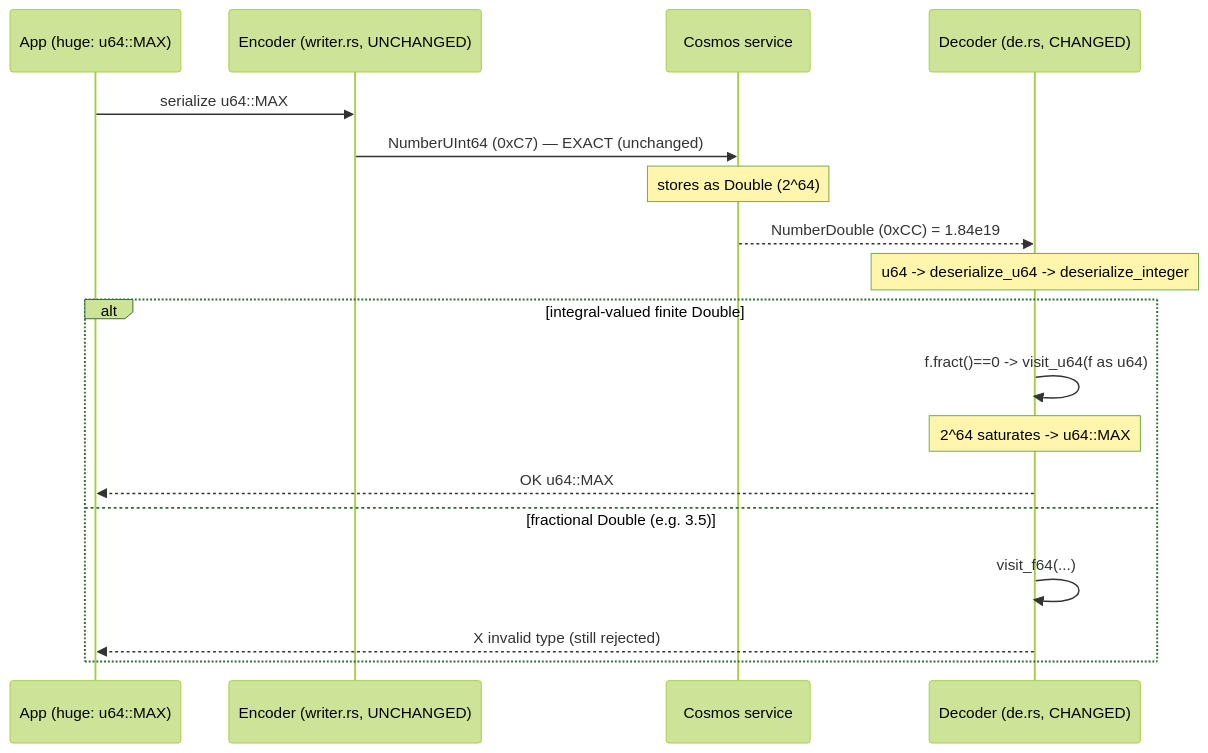
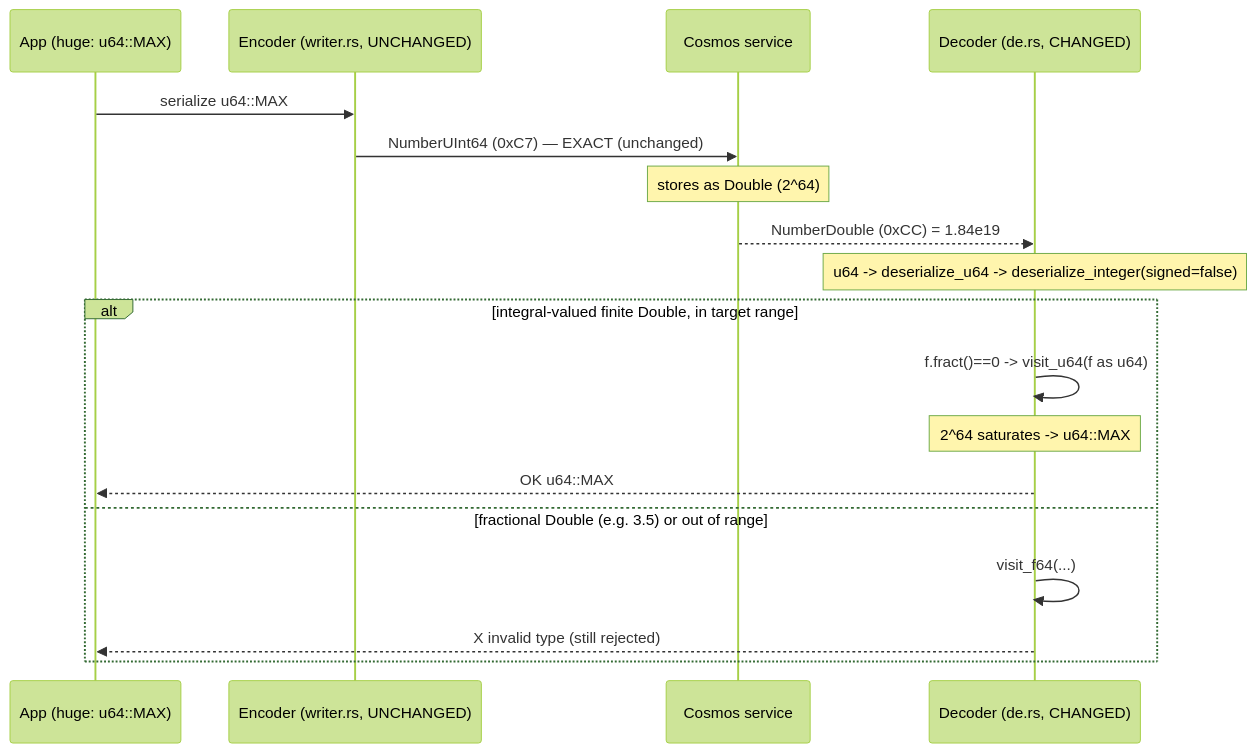
Before and after one commit to Azure/azure-sdk-for-rust: the second of 2 diagrams in sdk/cosmos/azure_data_cosmos_driver/docs/BINARY_ENCODING_U64_MAX_ANALYSIS.md, drawn with Mermaid (forest theme). The commit also changed other lines of this file and 3 other files, not shown here.

````diff
--- a/sdk/cosmos/azure_data_cosmos_driver/docs/BINARY_ENCODING_U64_MAX_ANALYSIS.md
+++ b/sdk/cosmos/azure_data_cosmos_driver/docs/BINARY_ENCODING_U64_MAX_ANALYSIS.md
@@ -203,20 +210,20 @@
 ```mermaid
 sequenceDiagram
     participant App as App (huge: u64::MAX)
     participant Enc as Encoder (writer.rs, UNCHANGED)
     participant Svc as Cosmos service
     participant Dec as Decoder (de.rs, CHANGED)
     App->>Enc: serialize u64::MAX
     Enc->>Svc: NumberUInt64 (0xC7) — EXACT (unchanged)
     Note over Svc: stores as Double (2^64)
     Svc-->>Dec: NumberDouble (0xCC) = 1.84e19
-    Note over Dec: u64 -> deserialize_u64 -> deserialize_integer
-    alt integral-valued finite Double
+    Note over Dec: u64 -> deserialize_u64 -> deserialize_integer(signed=false)
+    alt integral-valued finite Double, in target range
         Dec->>Dec: f.fract()==0 -> visit_u64(f as u64)
         Note over Dec: 2^64 saturates -> u64::MAX
         Dec-->>App: OK u64::MAX
-    else fractional Double (e.g. 3.5)
+    else fractional Double (e.g. 3.5) or out of range
         Dec->>Dec: visit_f64(...)
         Dec-->>App: X invalid type (still rejected)
     end
 ```
````
